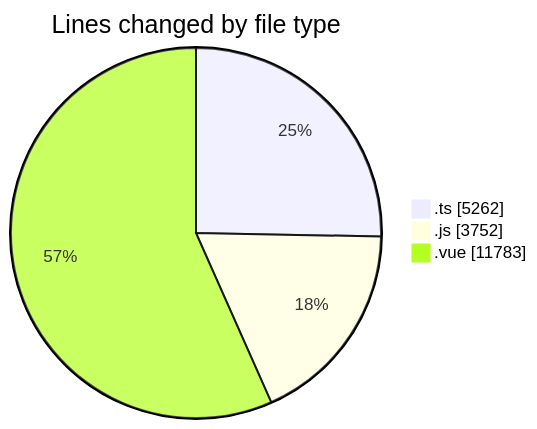
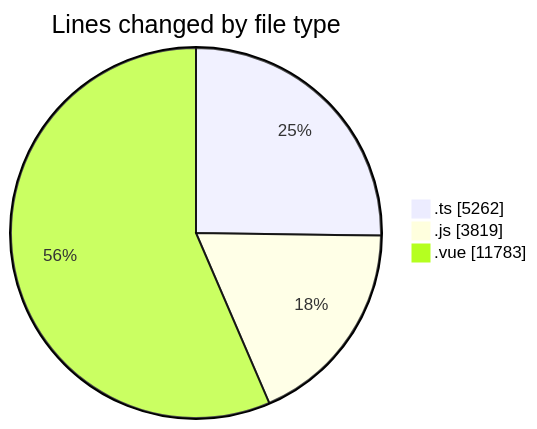
The first of 2 diagrams in 2025-08-16/rentotp/README.md (lephambinh05/code-tracking), drawn with Mermaid before and after one commit. The commit also changed other lines of this file and 1 other file, not shown here.

````diff
--- a/2025-08-16/rentotp/README.md
+++ b/2025-08-16/rentotp/README.md
@@ -87,7 +88,7 @@
 ```mermaid
 pie showData
 title Lines changed by file type
 ".ts" : 5262
-".js" : 3752
+".js" : 3819
 ".vue" : 11783
 ```
````
